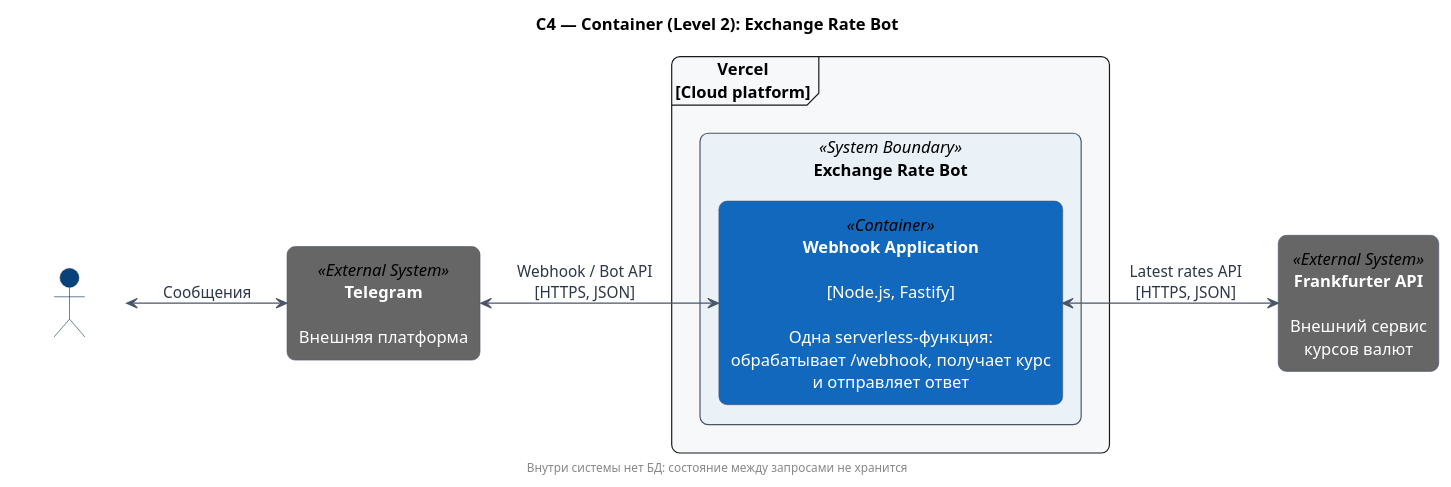
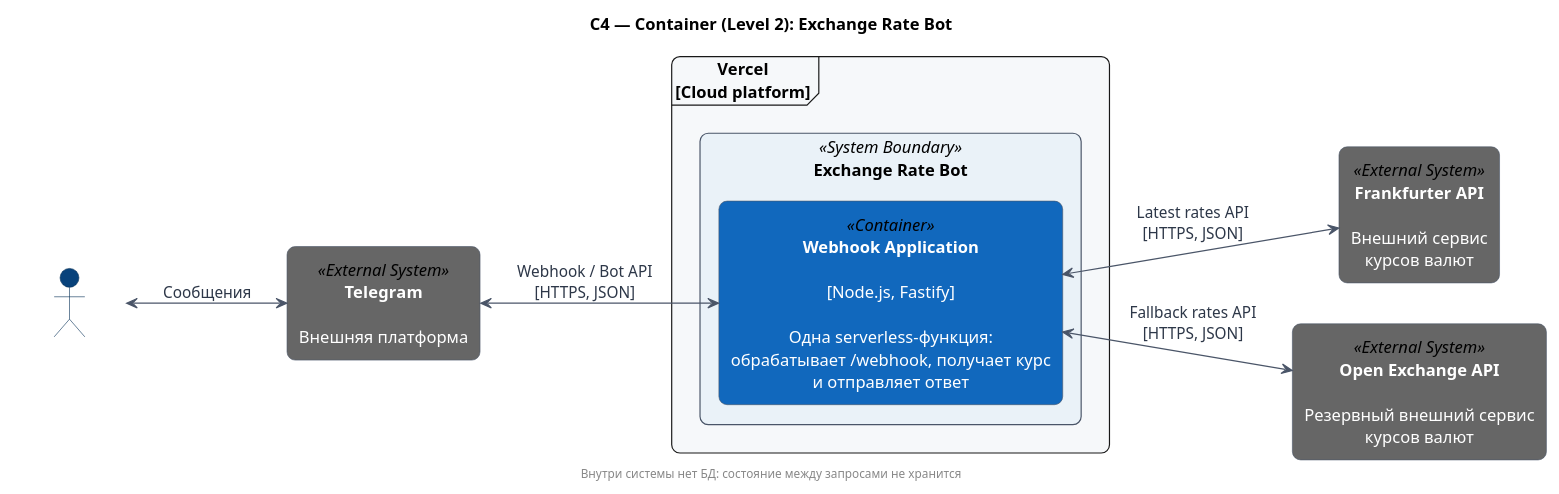
One commit to Emilo067/exchange-rate-bot changed the diagram in docs/c4-container.puml. Above: the diagram before and after it, drawn with PlantUML. The commit also changed 6 other files, not shown here.

```diff
--- a/docs/c4-container.puml
+++ b/docs/c4-container.puml
@@ -1,36 +1,38 @@
 @startuml
 title C4 — Container (Level 2): Exchange Rate Bot
 
 left to right direction
 skinparam shadowing false
 skinparam roundCorner 14
 skinparam defaultFontName Arial
 skinparam defaultTextAlignment center
 skinparam ArrowColor #4A5568
 skinparam ArrowFontColor #2D3748
 skinparam actor {
   BackgroundColor #08427B
   BorderColor #052E56
   FontColor #FFFFFF
 }
 skinparam rectangle {
   BorderColor #4A5568
 }
 
 actor user as "Пользователь" <<Person>>
 rectangle telegram as "<color:white><b>Telegram</b></color>\n\n<color:white>Внешняя платформа</color>" <<External System>> #666666
 
 frame "Vercel\n[Cloud platform]" as vercel #F6F8FA {
   rectangle "Exchange Rate Bot" as bot_system <<System Boundary>> #EAF2F8 {
     rectangle webhook_function as "<color:white><b>Webhook Application</b></color>\n\n<color:white>[Node.js, Fastify]</color>\n\n<color:white>Одна serverless-функция:</color>\n<color:white>обрабатывает /webhook, получает курс</color>\n<color:white>и отправляет ответ</color>" <<Container>> #1168BD
   }
 }
 
 rectangle frankfurter as "<color:white><b>Frankfurter API</b></color>\n\n<color:white>Внешний сервис</color>\n<color:white>курсов валют</color>" <<External System>> #666666
+rectangle open_exchange as "<color:white><b>Open Exchange API</b></color>\n\n<color:white>Резервный внешний сервис</color>\n<color:white>курсов валют</color>" <<External System>> #666666
 
 user <--> telegram : Сообщения
 telegram <--> webhook_function : Webhook / Bot API\n[HTTPS, JSON]
 webhook_function <--> frankfurter : Latest rates API\n[HTTPS, JSON]
+webhook_function <--> open_exchange : Fallback rates API\n[HTTPS, JSON]
 
 footer Внутри системы нет БД: состояние между запросами не хранится
 @enduml
```
